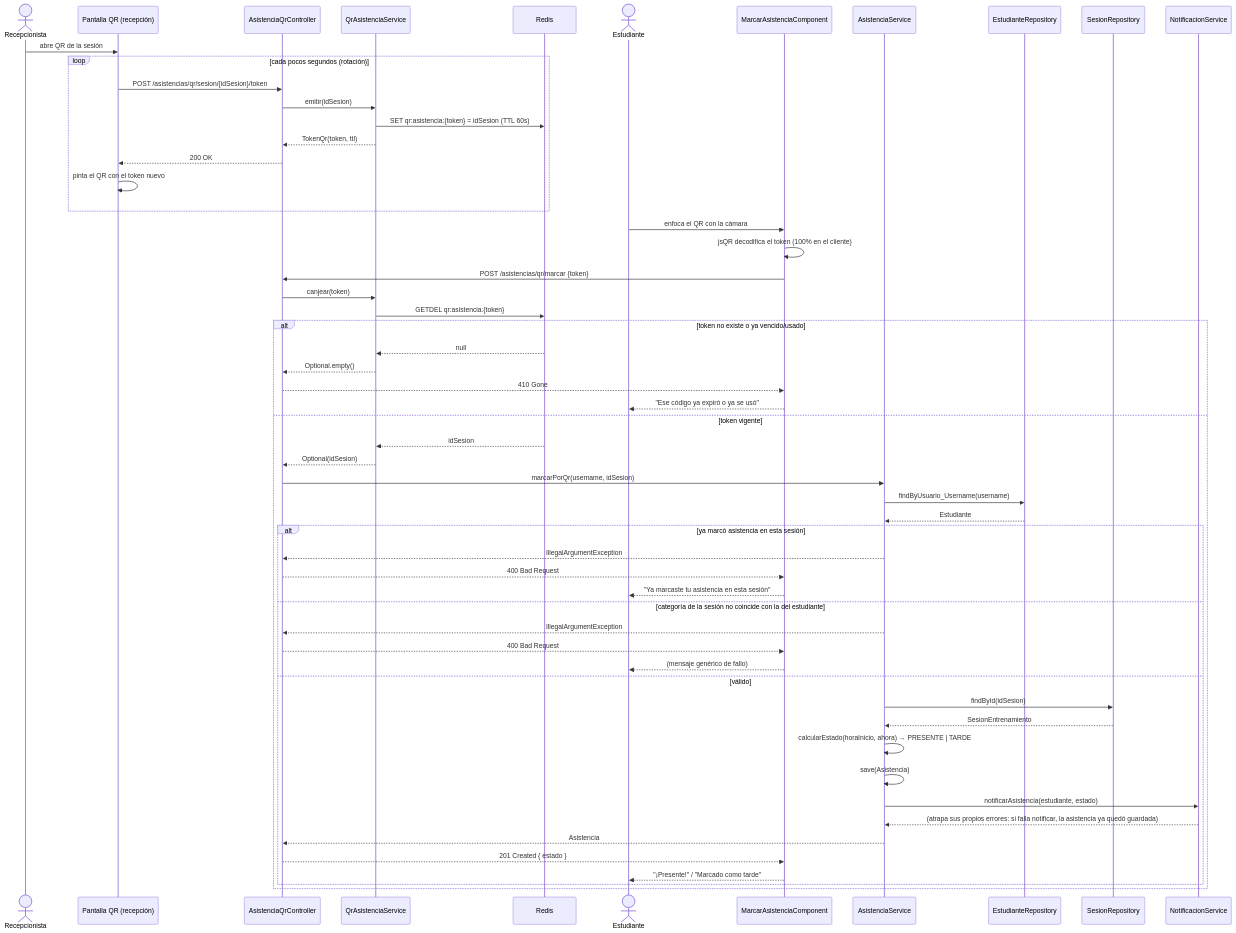
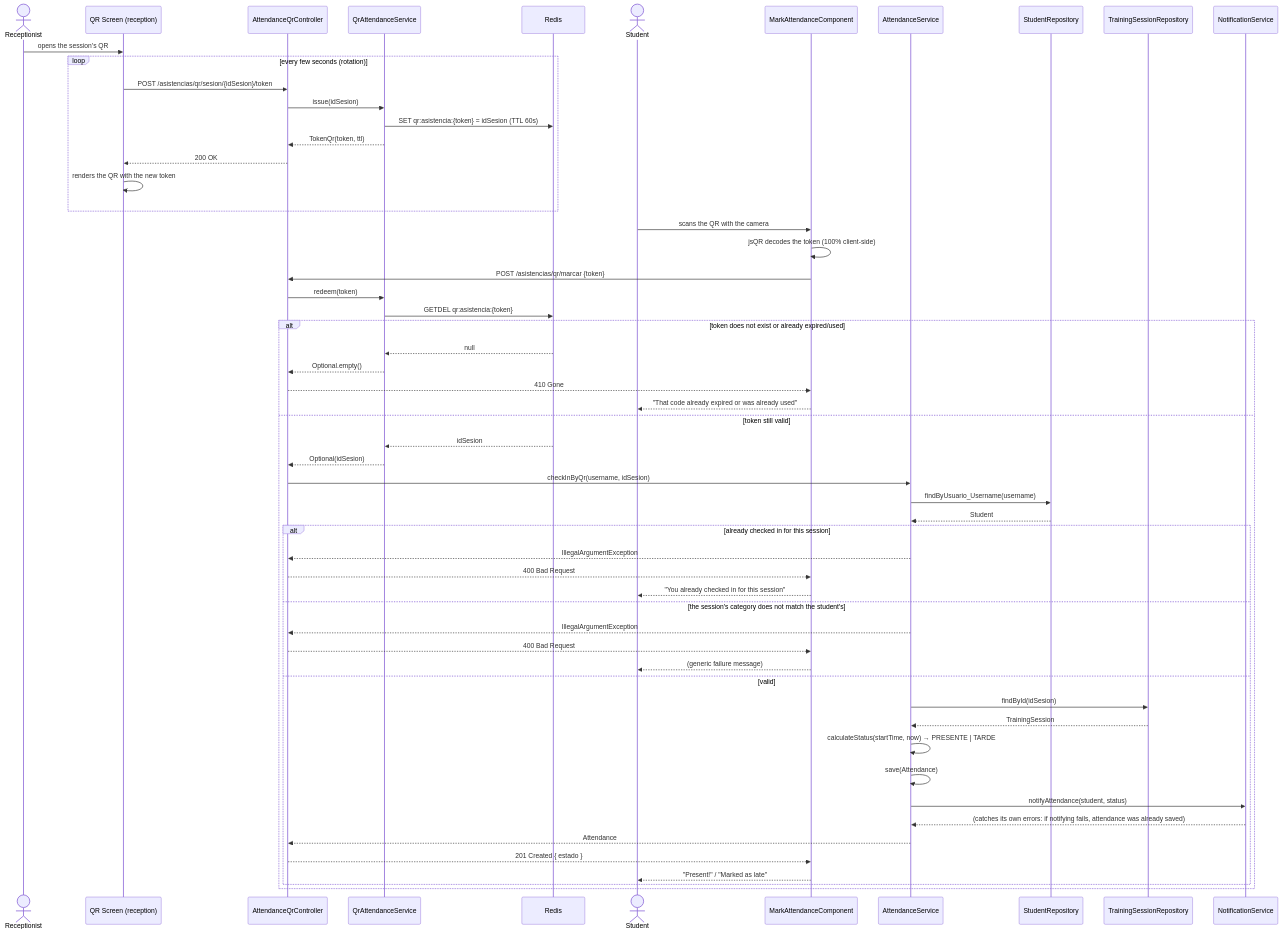
Before and after one commit to DarwinSM21/SGED_APPWEB: the third of 3 diagrams in docs/diagramas/diagramas-secuencia.md, drawn with Mermaid. The commit also changed other lines of this file and 8 other files, not shown here.

First line of the commit message:
docs(diagramas): traducir a ingles los 7 diagramas del repo/informe (E3)

````diff
--- a/docs/diagramas/diagramas-secuencia.md
+++ b/docs/diagramas/diagramas-secuencia.md
@@ -169,63 +176,63 @@
 ```mermaid
 sequenceDiagram
-    actor R as Recepcionista
-    participant Pantalla as Pantalla QR (recepción)
-    participant AQC as AsistenciaQrController
-    participant QRS as QrAsistenciaService
+    actor R as Receptionist
+    participant Pantalla as QR Screen (reception)
+    participant AQC as AttendanceQrController
+    participant QRS as QrAttendanceService
     participant Redis as Redis
-    actor E as Estudiante
-    participant MAC as MarcarAsistenciaComponent
-    participant AS as AsistenciaService
-    participant ER as EstudianteRepository
-    participant SR as SesionRepository
-    participant NS as NotificacionService
+    actor E as Student
+    participant MAC as MarkAttendanceComponent
+    participant AS as AttendanceService
+    participant ER as StudentRepository
+    participant SR as TrainingSessionRepository
+    participant NS as NotificationService
 
-    R->>Pantalla: abre QR de la sesión
-    loop cada pocos segundos (rotación)
+    R->>Pantalla: opens the session's QR
+    loop every few seconds (rotation)
         Pantalla->>AQC: POST /asistencias/qr/sesion/{idSesion}/token
-        AQC->>QRS: emitir(idSesion)
+        AQC->>QRS: issue(idSesion)
         QRS->>Redis: SET qr:asistencia:{token} = idSesion (TTL 60s)
         QRS-->>AQC: TokenQr(token, ttl)
         AQC-->>Pantalla: 200 OK
-        Pantalla->>Pantalla: pinta el QR con el token nuevo
+        Pantalla->>Pantalla: renders the QR with the new token
     end
 
-    E->>MAC: enfoca el QR con la cámara
-    MAC->>MAC: jsQR decodifica el token (100% en el cliente)
+    E->>MAC: scans the QR with the camera
+    MAC->>MAC: jsQR decodes the token (100% client-side)
     MAC->>AQC: POST /asistencias/qr/marcar {token}
-    AQC->>QRS: canjear(token)
+    AQC->>QRS: redeem(token)
     QRS->>Redis: GETDEL qr:asistencia:{token}
 
-    alt token no existe o ya vencido/usado
+    alt token does not exist or already expired/used
         Redis-->>QRS: null
         QRS-->>AQC: Optional.empty()
         AQC-->>MAC: 410 Gone
-        MAC-->>E: "Ese código ya expiró o ya se usó"
-    else token vigente
+        MAC-->>E: "That code already expired or was already used"
+    else token still valid
         Redis-->>QRS: idSesion
         QRS-->>AQC: Optional(idSesion)
-        AQC->>AS: marcarPorQr(username, idSesion)
+        AQC->>AS: checkInByQr(username, idSesion)
         AS->>ER: findByUsuario_Username(username)
-        ER-->>AS: Estudiante
+        ER-->>AS: Student
 
-        alt ya marcó asistencia en esta sesión
+        alt already checked in for this session
             AS-->>AQC: IllegalArgumentException
             AQC-->>MAC: 400 Bad Request
-            MAC-->>E: "Ya marcaste tu asistencia en esta sesión"
-        else categoría de la sesión no coincide con la del estudiante
+            MAC-->>E: "You already checked in for this session"
+        else the session's category does not match the student's
             AS-->>AQC: IllegalArgumentException
             AQC-->>MAC: 400 Bad Request
-            MAC-->>E: (mensaje genérico de fallo)
-        else válido
+            MAC-->>E: (generic failure message)
+        else valid
             AS->>SR: findById(idSesion)
-            SR-->>AS: SesionEntrenamiento
-            AS->>AS: calcularEstado(horaInicio, ahora) → PRESENTE | TARDE
-            AS->>AS: save(Asistencia)
-            AS->>NS: notificarAsistencia(estudiante, estado)
-            NS-->>AS: (atrapa sus propios errores: si falla notificar, la asistencia ya quedó guardada)
-            AS-->>AQC: Asistencia
+            SR-->>AS: TrainingSession
+            AS->>AS: calculateStatus(startTime, now) → PRESENTE | TARDE
+            AS->>AS: save(Attendance)
+            AS->>NS: notifyAttendance(student, status)
+            NS-->>AS: (catches its own errors: if notifying fails, attendance was already saved)
+            AS-->>AQC: Attendance
             AQC-->>MAC: 201 Created { estado }
-            MAC-->>E: "¡Presente!" / "Marcado como tarde"
+            MAC-->>E: "Present!" / "Marked as late"
         end
     end
 ```
````
